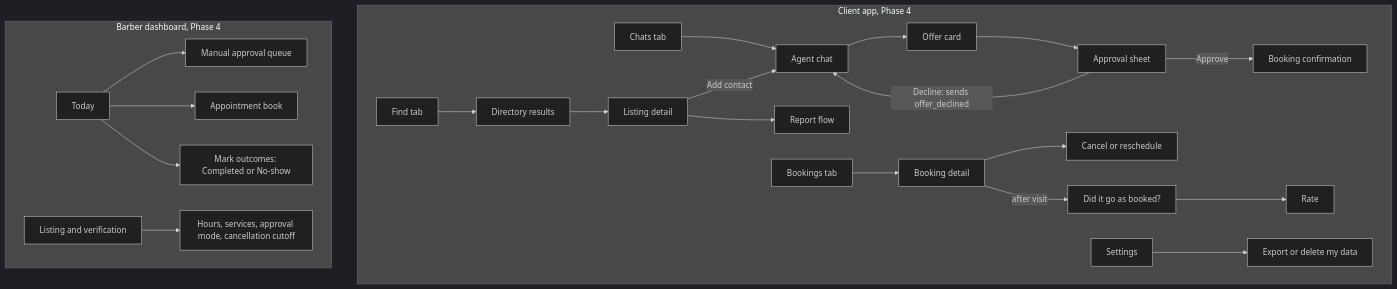
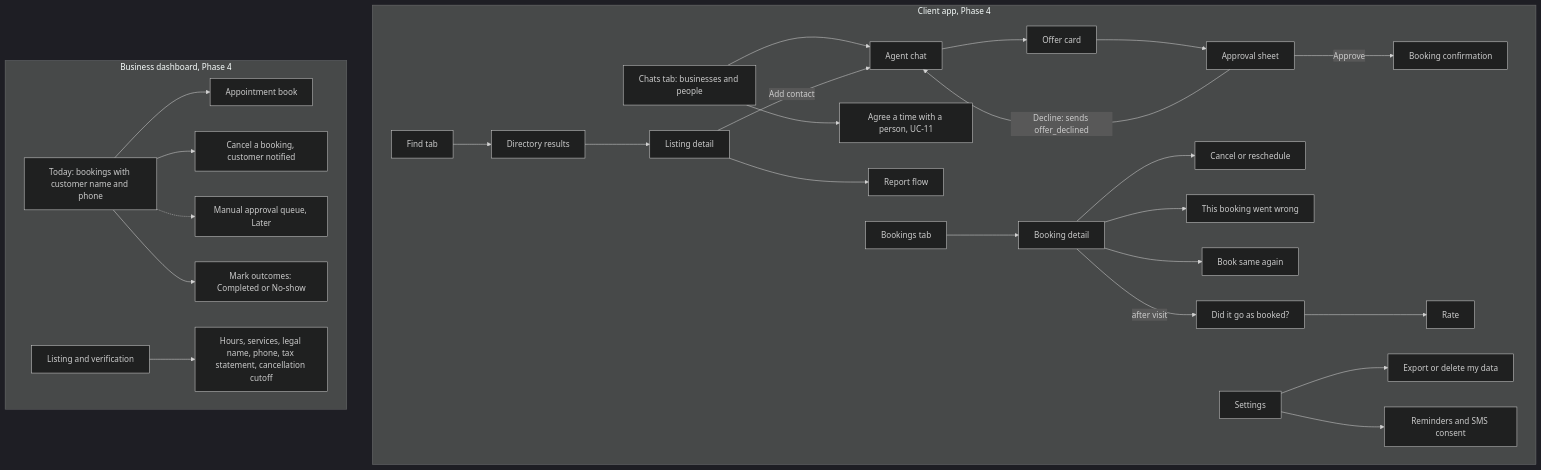
Before and after one commit to Jannisar01/hitchpost: the diagram in docs/sad/14-user-interface-design.md, drawn with Mermaid (dark theme). The commit also changed other lines of this file and 23 other files, not shown here.

````diff
--- a/docs/sad/14-user-interface-design.md
+++ b/docs/sad/14-user-interface-design.md
@@ -40,25 +40,30 @@
 ```mermaid
 flowchart TD
   subgraph Dana[Client app, Phase 4]
-    Chats[Chats tab] --> Thread[Agent chat]
+    Chats[Chats tab: businesses and people] --> Thread[Agent chat]
+    Chats --> Agree[Agree a time with a person, UC-11]
     Thread --> Offer[Offer card]
     Offer --> Sheet[Approval sheet]
     Sheet -->|Approve| Confirmed[Booking confirmation]
     Sheet -->|Decline: sends offer_declined| Thread
     Find[Find tab] --> Results[Directory results]
     Results --> Listing[Listing detail]
     Listing -->|Add contact| Thread
     Listing --> Report[Report flow]
     Bookings[Bookings tab] --> Detail[Booking detail]
     Detail --> Cancel[Cancel or reschedule]
+    Detail --> Problem[This booking went wrong]
+    Detail --> Repeat[Book same again]
     Detail -->|after visit| Outcome[Did it go as booked?]
     Outcome --> Rate[Rate]
     Settings[Settings] --> Data[Export or delete my data]
+    Settings --> Remind[Reminders and SMS consent]
   end
-  subgraph Marcus[Barber dashboard, Phase 4]
-    Today[Today] --> Queue[Manual approval queue]
-    Today --> Book[Appointment book]
+  subgraph Marcus[Business dashboard, Phase 4]
+    Today[Today: bookings with customer name and phone] --> Book[Appointment book]
+    Today --> BizCancel[Cancel a booking, customer notified]
+    Today -.-> Queue[Manual approval queue, Later]
     Today --> Outcomes[Mark outcomes: Completed or No-show]
-    Profile[Listing and verification] --> Hours[Hours, services, approval mode, cancellation cutoff]
+    Profile[Listing and verification] --> Hours[Hours, services, legal name, phone, tax statement, cancellation cutoff]
   end
 ```
````
